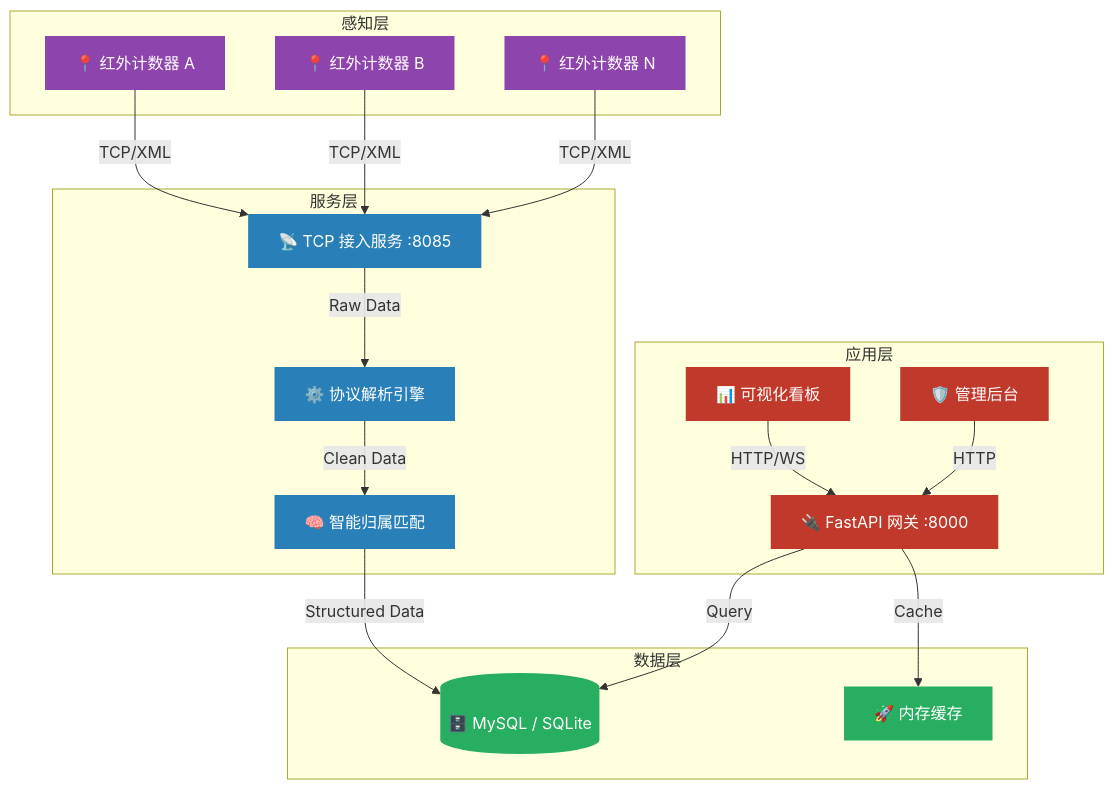
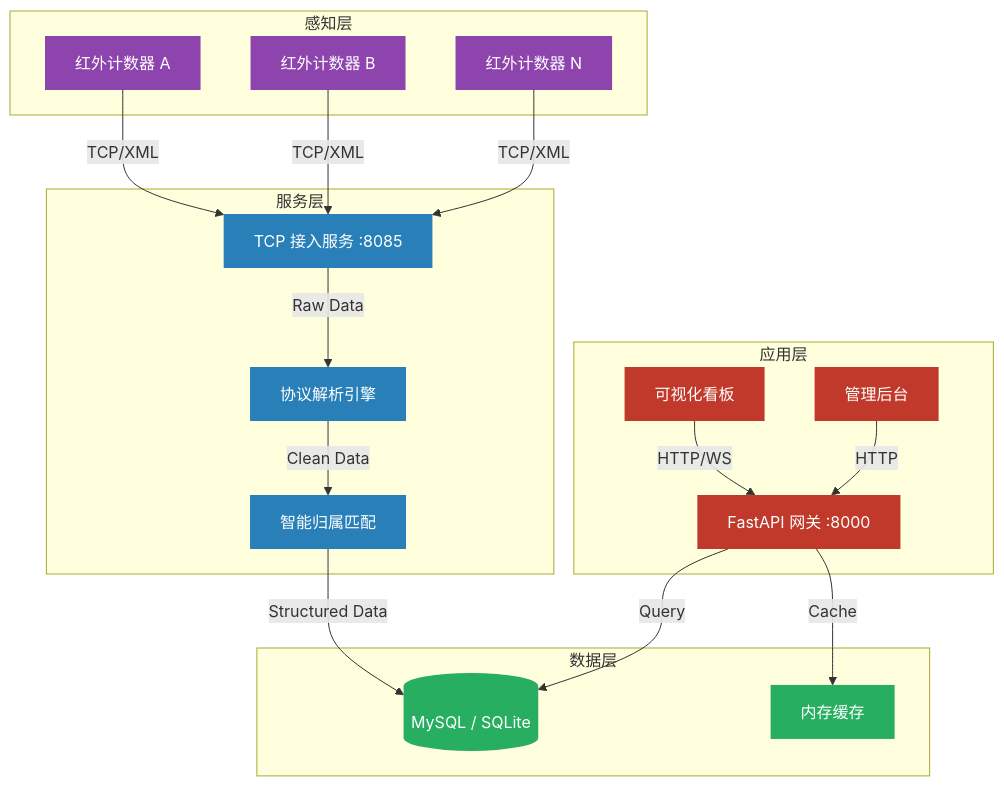
Before and after one commit to HF-CYGG/InfraCount: the third of 7 diagrams in README.md, drawn with Mermaid. The commit also changed other lines of this file, not shown here.

````diff
--- a/README.md
+++ b/README.md
@@ -178,46 +212,46 @@
 ```mermaid
 graph TD
     %% 全局样式：使用默认连线颜色以适应亮/暗主题
     %% linkStyle default stroke-width:2px;
 
     %% 定义样式：保留彩色背景与白字，边框设为透明以适应不同背景
     classDef device fill:#8e44ad,stroke:none,color:#fff;
     classDef core fill:#2980b9,stroke:none,color:#fff;
     classDef db fill:#27ae60,stroke:none,color:#fff;
     classDef web fill:#c0392b,stroke:none,color:#fff;
 
     subgraph IoT_Layer [感知层]
-        Device1[📍 红外计数器 A]:::device
-        Device2[📍 红外计数器 B]:::device
-        Device3[📍 红外计数器 N]:::device
+        Device1[红外计数器 A]:::device
+        Device2[红外计数器 B]:::device
+        Device3[红外计数器 N]:::device
     end
 
     subgraph Service_Layer [服务层]
-        TCPServer[📡 TCP 接入服务 :8085]:::core
-        Protocol[⚙️ 协议解析引擎]:::core
-        Matcher[🧠 智能归属匹配]:::core
+        TCPServer[TCP 接入服务 :8085]:::core
+        Protocol[协议解析引擎]:::core
+        Matcher[智能归属匹配]:::core
     end
 
     subgraph Data_Layer [数据层]
-        DB[(🗄️ MySQL / SQLite)]:::db
-        Cache[🚀 内存缓存]:::db
+        DB[(MySQL / SQLite)]:::db
+        Cache[内存缓存]:::db
     end
 
     subgraph App_Layer [应用层]
-        API[🔌 FastAPI 网关 :8000]:::web
-        Dashboard[📊 可视化看板]:::web
-        Admin[🛡️ 管理后台]:::web
+        API[FastAPI 网关 :8000]:::web
+        Dashboard[可视化看板]:::web
+        Admin[管理后台]:::web
     end
 
     %% 链路关系
     Device1 & Device2 & Device3 -->|TCP/XML| TCPServer
     TCPServer -->|Raw Data| Protocol
     Protocol -->|Clean Data| Matcher
     Matcher -->|Structured Data| DB
     
     API -->|Query| DB
     API -->|Cache| Cache
     
     Dashboard -->|HTTP/WS| API
     Admin -->|HTTP| API
 ```
````
